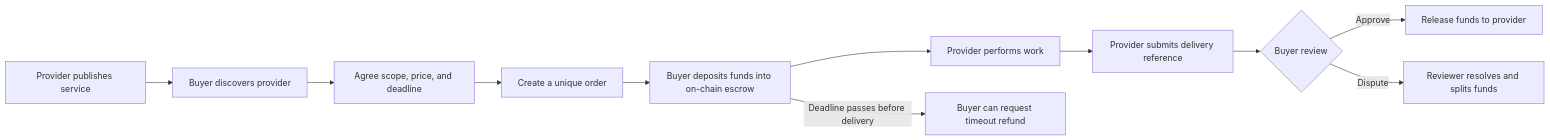
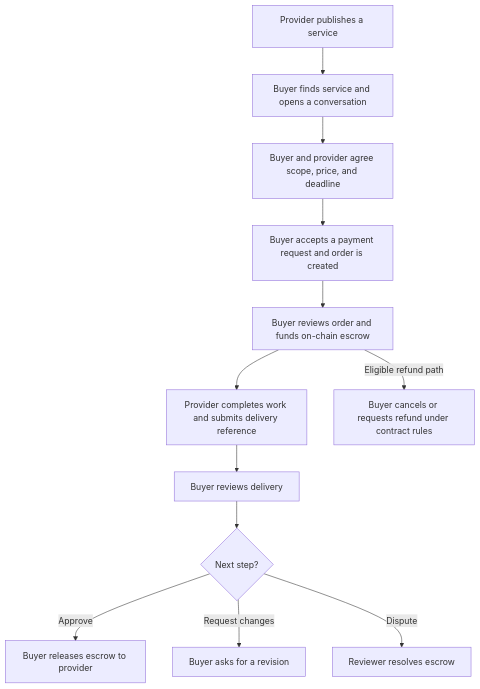
The second of 2 diagrams in README.md (sabnyyyyyy/veilio), drawn with Mermaid before and after one commit. The commit also changed other lines of this file and 7 other files, not shown here.

Commit message:
docs: add agent tools and clarify user flows

````diff
--- a/README.md
+++ b/README.md
@@ -43,13 +55,14 @@
 ```mermaid
-flowchart LR
-    A[Provider publishes service] --> B[Buyer discovers provider]
-    B --> C[Agree scope, price, and deadline]
-    C --> D[Create a unique order]
-    D --> E[Buyer deposits funds into on-chain escrow]
-    E --> F[Provider performs work]
-    F --> G[Provider submits delivery reference]
-    G --> H{Buyer review}
-    H -- Approve --> I[Release funds to provider]
-    H -- Dispute --> J[Reviewer resolves and splits funds]
-    E -- Deadline passes before delivery --> K[Buyer can request timeout refund]
+flowchart TD
+    A[Provider publishes a service] --> B[Buyer finds service and opens a conversation]
+    B --> C[Buyer and provider agree scope, price, and deadline]
+    C --> D[Buyer accepts a payment request and order is created]
+    D --> E[Buyer reviews order and funds on-chain escrow]
+    E --> F[Provider completes work and submits delivery reference]
+    F --> G[Buyer reviews delivery]
+    G --> H{Next step?}
+    H -- Approve --> I[Buyer releases escrow to provider]
+    H -- Request changes --> J[Buyer asks for a revision]
+    H -- Dispute --> K[Reviewer resolves escrow]
+    E -- Eligible refund path --> L[Buyer cancels or requests refund under contract rules]
 ```
````
